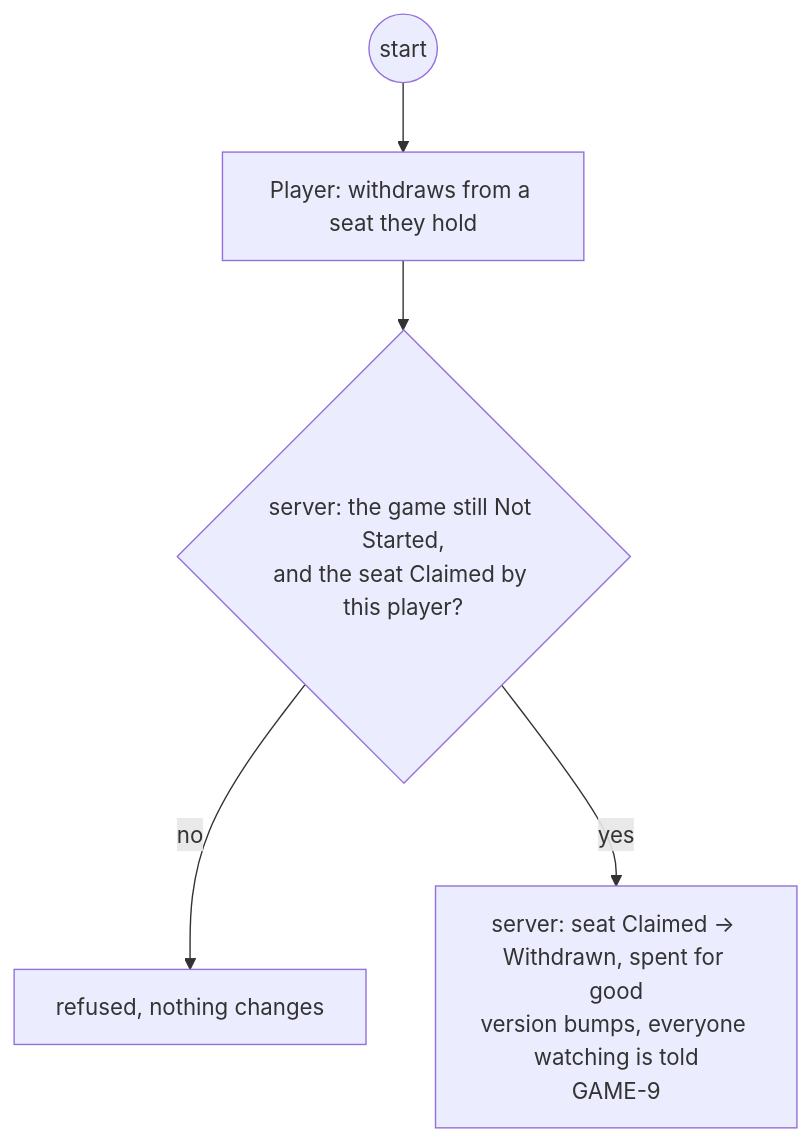
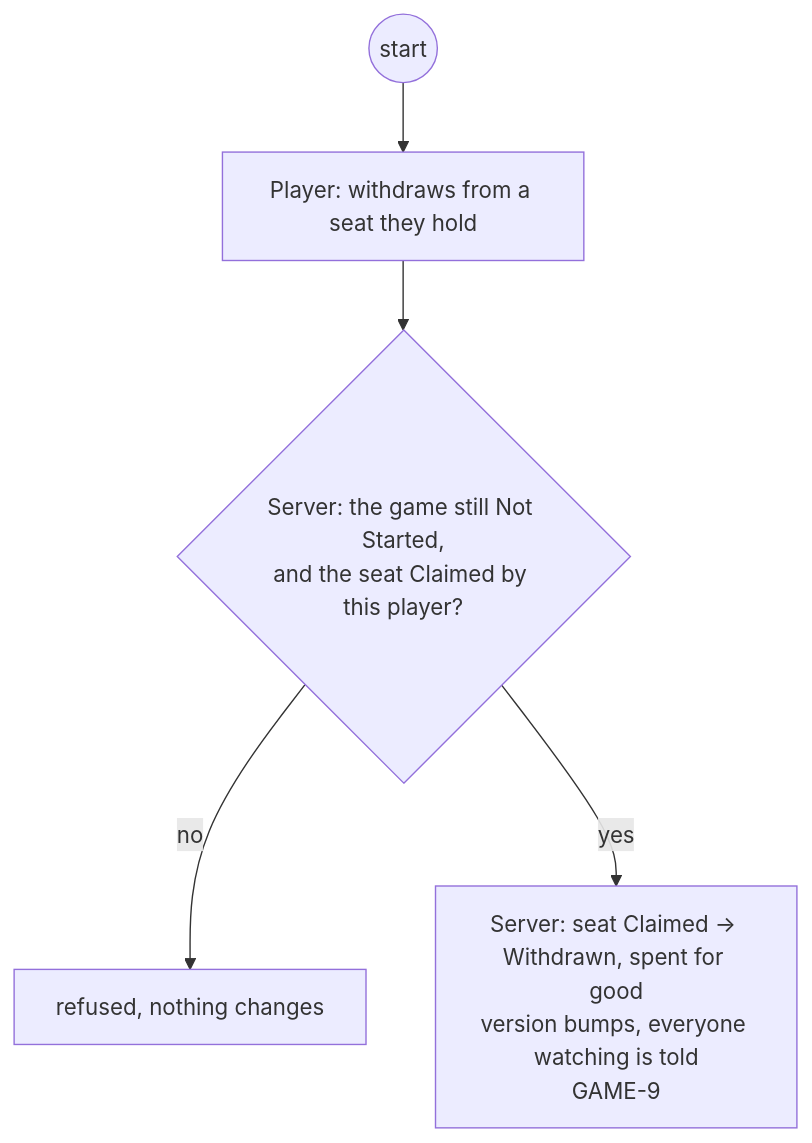
Diagram 13 of 29 in docs/changes/workstreams/application-game-architecture/71-one-game-model/71-functional.md (delphside/programme), drawn with Mermaid before and after one commit. The commit also changed other lines of this file, not shown here.

First line of the commit message:
app 0.9.2 api 2.16: 71: questions get headings Q1 to Q15; Server capitalised as an actor

````diff
--- a/docs/changes/workstreams/application-game-architecture/71-one-game-model/71-functional.md
+++ b/docs/changes/workstreams/application-game-architecture/71-one-game-model/71-functional.md
@@ -271,7 +272,7 @@
 ```mermaid
 flowchart TD
   s0((start)) --> p1["Player: withdraws from a seat they hold"]
-  p1 --> v1{"server: the game still Not Started,<br/>and the seat Claimed by this player?"}
+  p1 --> v1{"Server: the game still Not Started,<br/>and the seat Claimed by this player?"}
   v1 -- no --> r1["refused, nothing changes"]
-  v1 -- yes --> t1["server: seat Claimed → Withdrawn, spent for good<br/>version bumps, everyone watching is told<br/>GAME-9"]
+  v1 -- yes --> t1["Server: seat Claimed → Withdrawn, spent for good<br/>version bumps, everyone watching is told<br/>GAME-9"]
 ```
````
